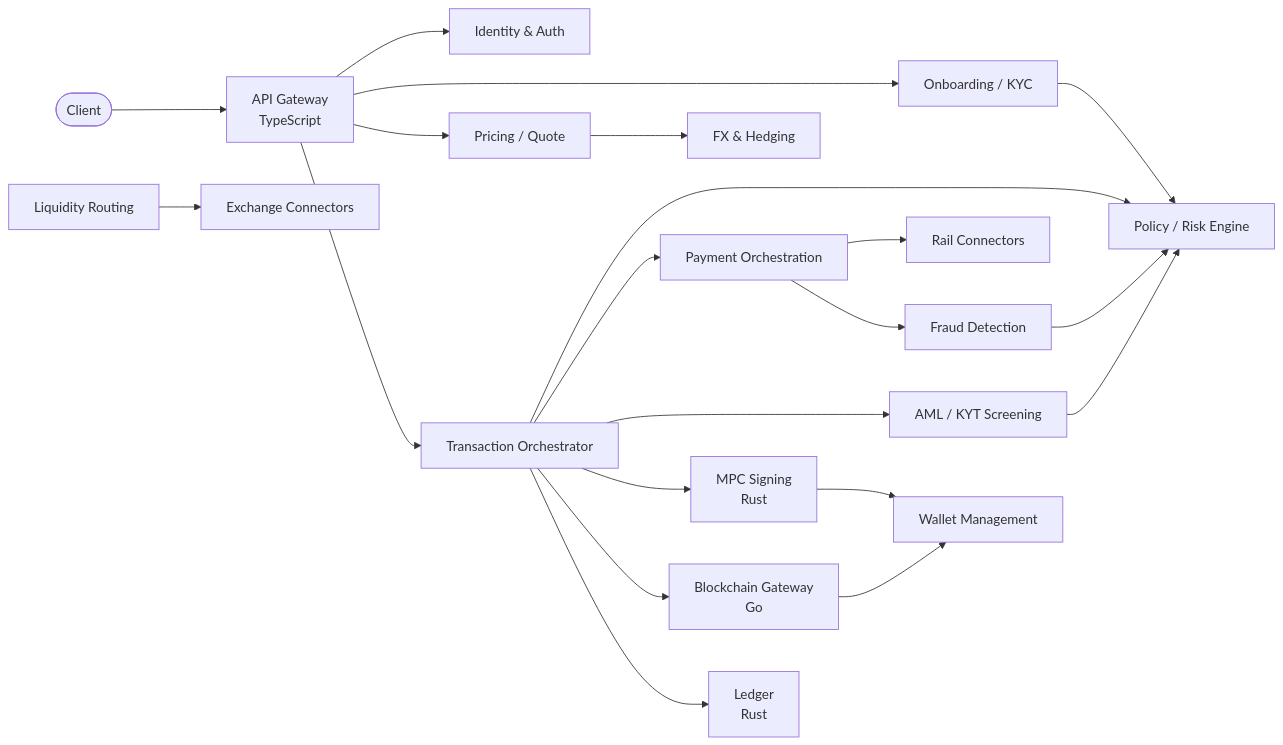
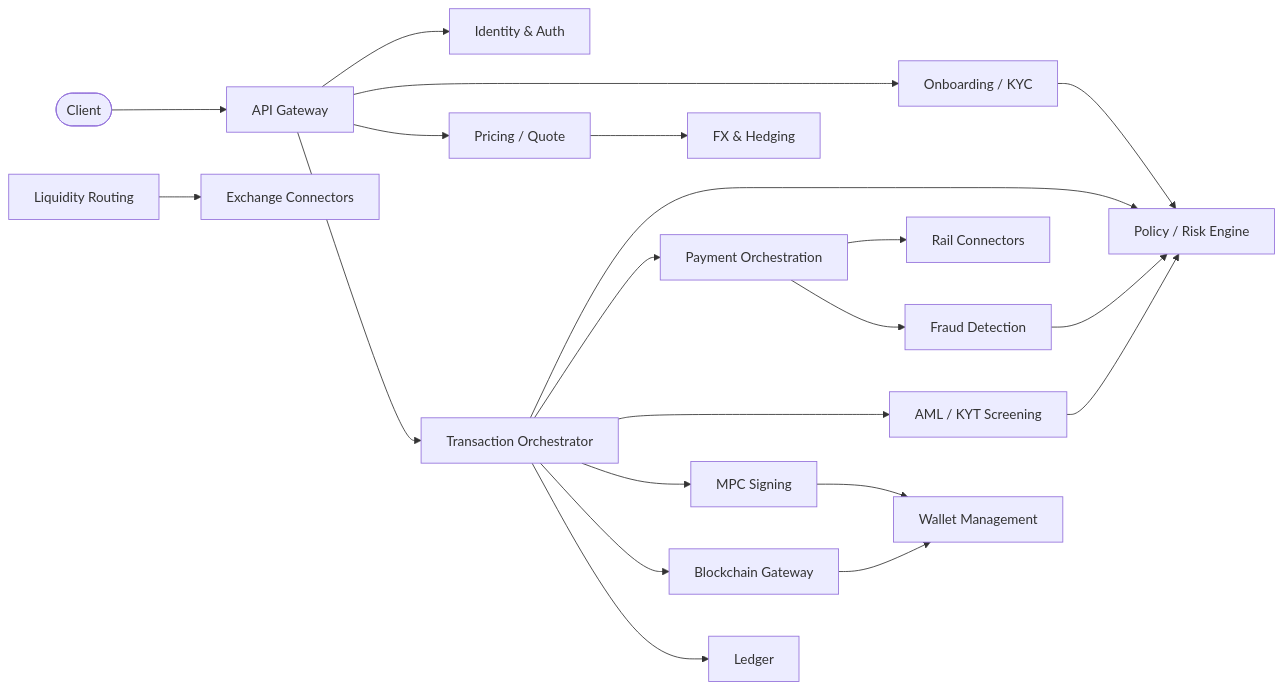
The first of 2 diagrams in README.md (ai-crypto-onramp/.github), drawn with Mermaid before and after one commit. The commit also changed other lines of this file, not shown here.

Commit message:
Remove language labels from architecture diagrams

````diff
--- a/README.md
+++ b/README.md
@@ -84,42 +84,42 @@
 ```mermaid
 flowchart LR
     Client([Client])
-    GW[API Gateway<br/>TypeScript]
+    GW[API Gateway]
     AUTH[Identity & Auth]
     KYC[Onboarding / KYC]
     PRICE[Pricing / Quote]
     ORCH[Transaction Orchestrator]
     POLICY[Policy / Risk Engine]
     FRAUD[Fraud Detection]
     KYT[AML / KYT Screening]
     PAY[Payment Orchestration]
     RAILS[Rail Connectors]
     FX[FX & Hedging]
-    MPC[MPC Signing<br/>Rust]
+    MPC[MPC Signing]
     WALLET[Wallet Management]
-    CHAIN[Blockchain Gateway<br/>Go]
-    LEDGER[Ledger<br/>Rust]
+    CHAIN[Blockchain Gateway]
+    LEDGER[Ledger]
     LIQ[Liquidity Routing]
     EXCH[Exchange Connectors]
 
     Client --> GW
     GW --> AUTH
     GW --> KYC
     GW --> PRICE
     GW --> ORCH
     KYC --> POLICY
     FRAUD --> POLICY
     KYT --> POLICY
     ORCH --> POLICY
     ORCH --> PAY
     ORCH --> KYT
     ORCH --> MPC
     ORCH --> CHAIN
     ORCH --> LEDGER
     PAY --> RAILS
     PAY --> FRAUD
     PRICE --> FX
     LIQ --> EXCH
     MPC --> WALLET
     CHAIN --> WALLET
 ```
````
